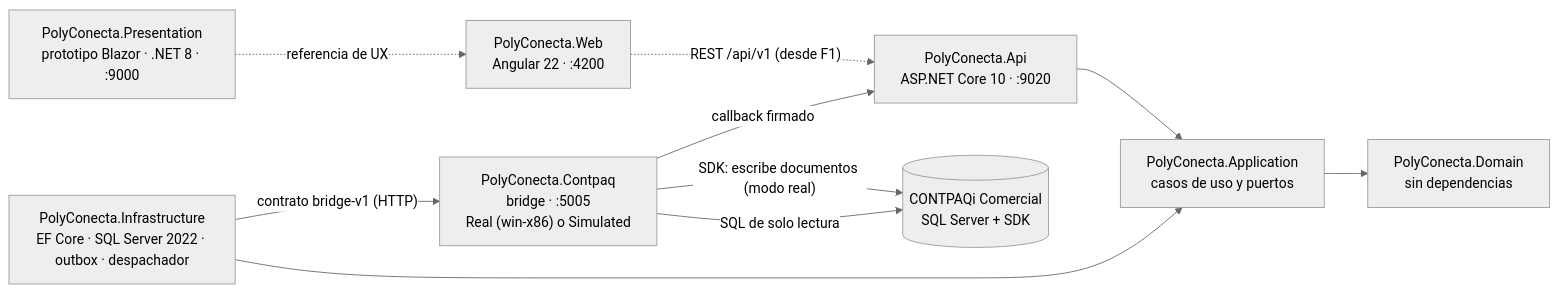
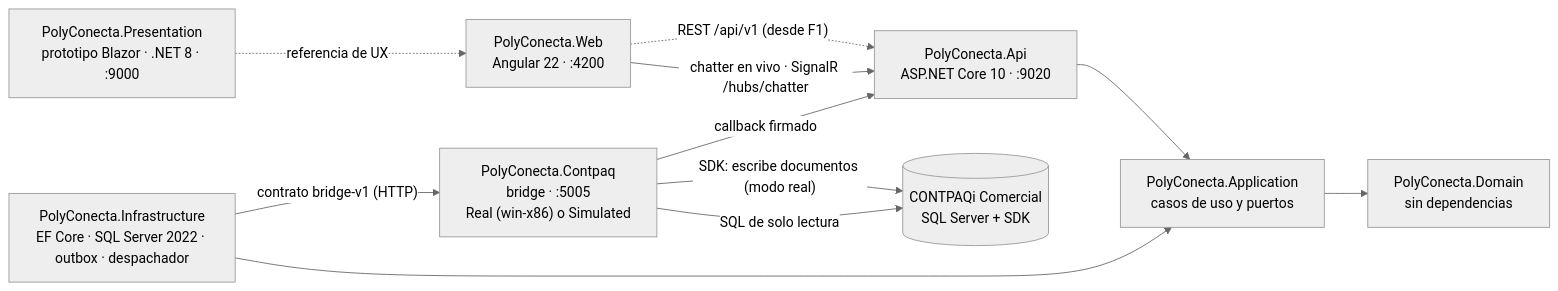
Before and after one commit to INNATOS-SYSTEMS/Polyconecta: the diagram in docs/diseno/05-arquitectura-tecnica.md, drawn with Mermaid (neutral theme). The commit also changed other lines of this file and 12 other files, not shown here.

````diff
--- a/docs/diseno/05-arquitectura-tecnica.md
+++ b/docs/diseno/05-arquitectura-tecnica.md
@@ -22,20 +22,21 @@
 ```mermaid
 flowchart LR
     WEB["PolyConecta.Web<br/>Angular 22 · :4200"]
     PROTO["PolyConecta.Presentation<br/>prototipo Blazor · .NET 8 · :9000"]
     API["PolyConecta.Api<br/>ASP.NET Core 10 · :9020"]
     APP["PolyConecta.Application<br/>casos de uso y puertos"]
     INF["PolyConecta.Infrastructure<br/>EF Core · SQL Server 2022 · outbox · despachador"]
     DOM["PolyConecta.Domain<br/>sin dependencias"]
     BR["PolyConecta.Contpaq<br/>bridge · :5005<br/>Real (win-x86) o Simulated"]
     ERP[("CONTPAQi Comercial<br/>SQL Server + SDK")]
 
     WEB -. "REST /api/v1 (desde F1)" .-> API
+    WEB -- "chatter en vivo · SignalR /hubs/chatter" --> API
     PROTO -. "referencia de UX" .-> WEB
     API --> APP --> DOM
     INF --> APP
     INF -- "contrato bridge-v1 (HTTP)" --> BR
     BR -- "callback firmado" --> API
     BR -- "SDK: escribe documentos (modo real)" --> ERP
     BR -- "SQL de solo lectura" --> ERP
 ```
````
